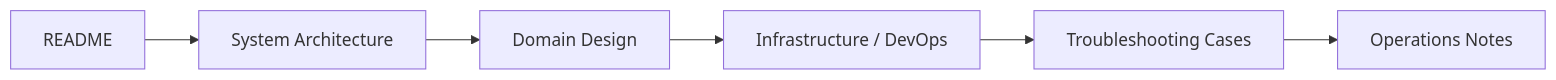
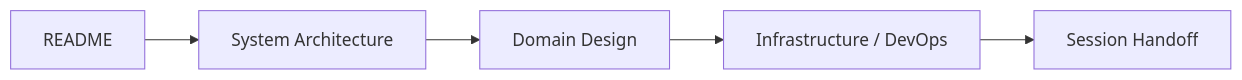
The diagram in docs/README.md (AquilaXk/aquila-blog), drawn with Mermaid before and after one commit. The commit also changed other lines of this file and 62 other files, not shown here.

````diff
--- a/docs/README.md
+++ b/docs/README.md
@@ -24,8 +18,7 @@
 ```mermaid
 flowchart LR
     A["README"] --> B["System Architecture"]
     B --> C["Domain Design"]
     C --> D["Infrastructure / DevOps"]
-    D --> E["Troubleshooting Cases"]
-    E --> F["Operations Notes"]
+    D --> E["Session Handoff"]
 ```
````
